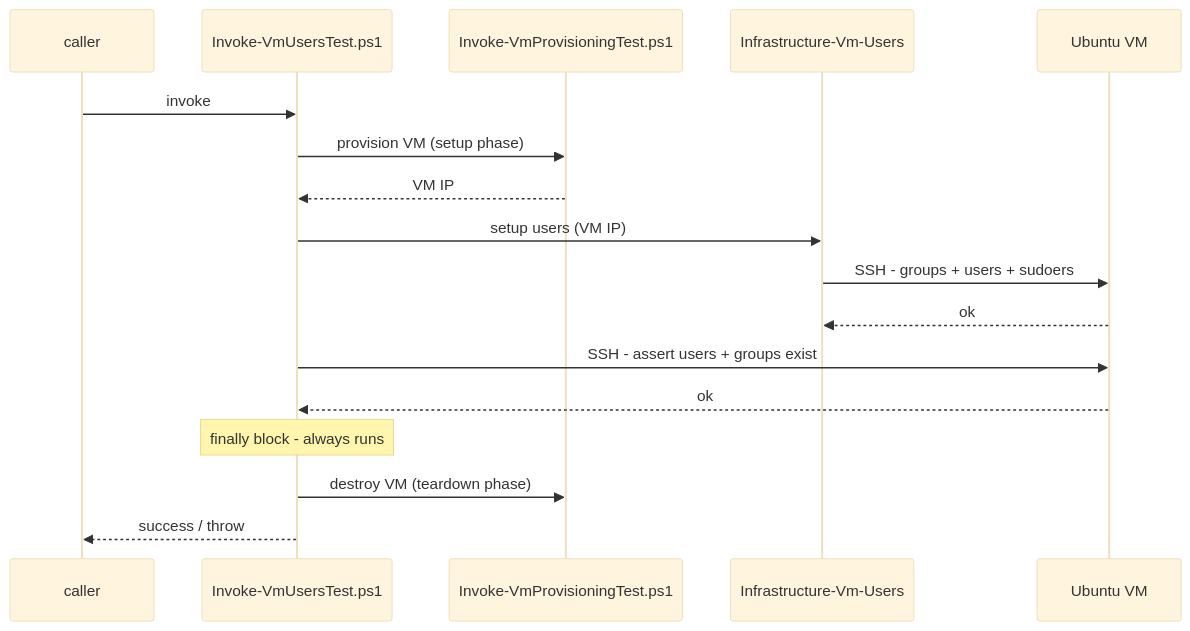
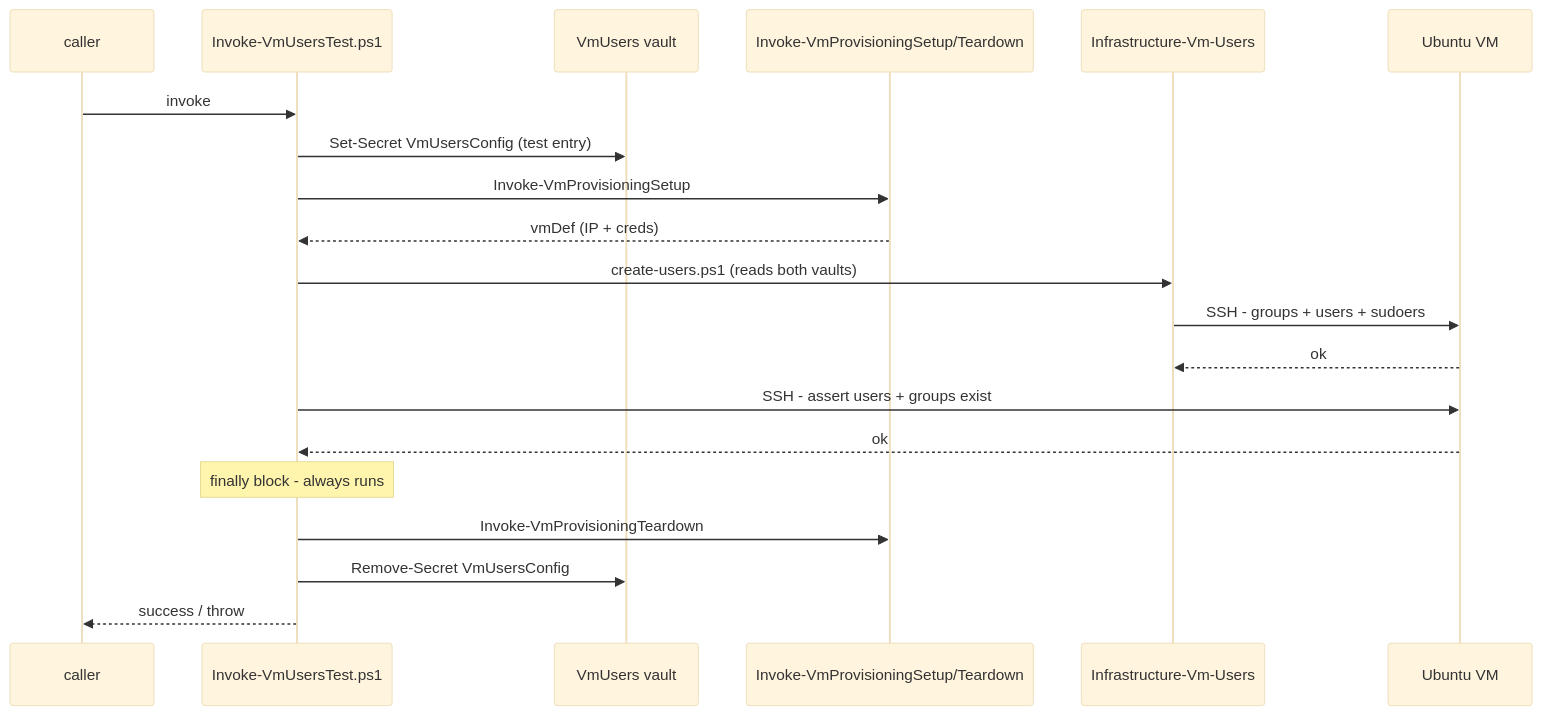
The tenth of 12 diagrams in docs/dev/implementation/01 - initial implementation/plan.md (Klark-Morrigan/Infrastructure-E2E), drawn with Mermaid (base theme) before and after one commit. The commit also changed other lines of this file, not shown here.

````diff
--- a/docs/dev/implementation/01 - initial implementation/plan.md
+++ b/docs/dev/implementation/01 - initial implementation/plan.md
@@ -512,20 +608,23 @@
 ```mermaid
 sequenceDiagram
     participant C as caller
     participant T as Invoke-VmUsersTest.ps1
-    participant VP as Invoke-VmProvisioningTest.ps1
+    participant UV as VmUsers vault
+    participant VP as Invoke-VmProvisioningSetup/Teardown
     participant USERS as Infrastructure-Vm-Users
     participant VM as Ubuntu VM
 
     C->>T: invoke
-    T->>VP: provision VM (setup phase)
-    VP-->>T: VM IP
-    T->>USERS: setup users (VM IP)
+    T->>UV: Set-Secret VmUsersConfig (test entry)
+    T->>VP: Invoke-VmProvisioningSetup
+    VP-->>T: vmDef (IP + creds)
+    T->>USERS: create-users.ps1 (reads both vaults)
     USERS->>VM: SSH - groups + users + sudoers
     VM-->>USERS: ok
     T->>VM: SSH - assert users + groups exist
     VM-->>T: ok
     note over T: finally block - always runs
-    T->>VP: destroy VM (teardown phase)
+    T->>VP: Invoke-VmProvisioningTeardown
+    T->>UV: Remove-Secret VmUsersConfig
     T-->>C: success / throw
 ```
````
